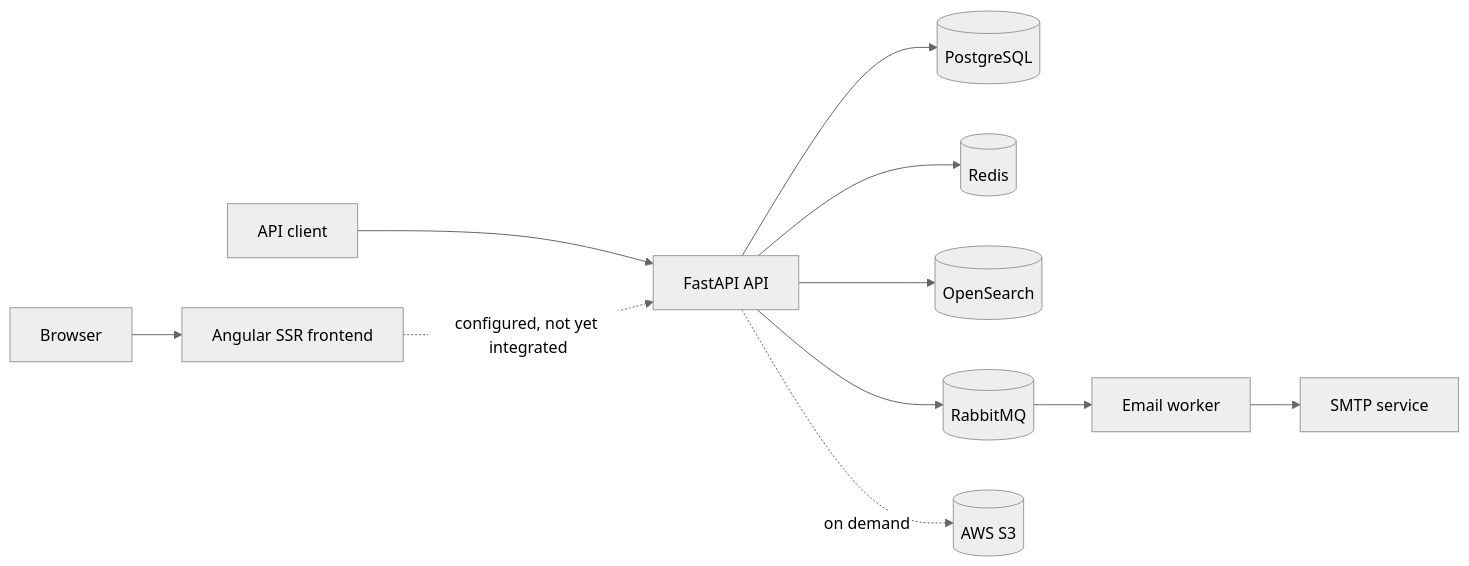
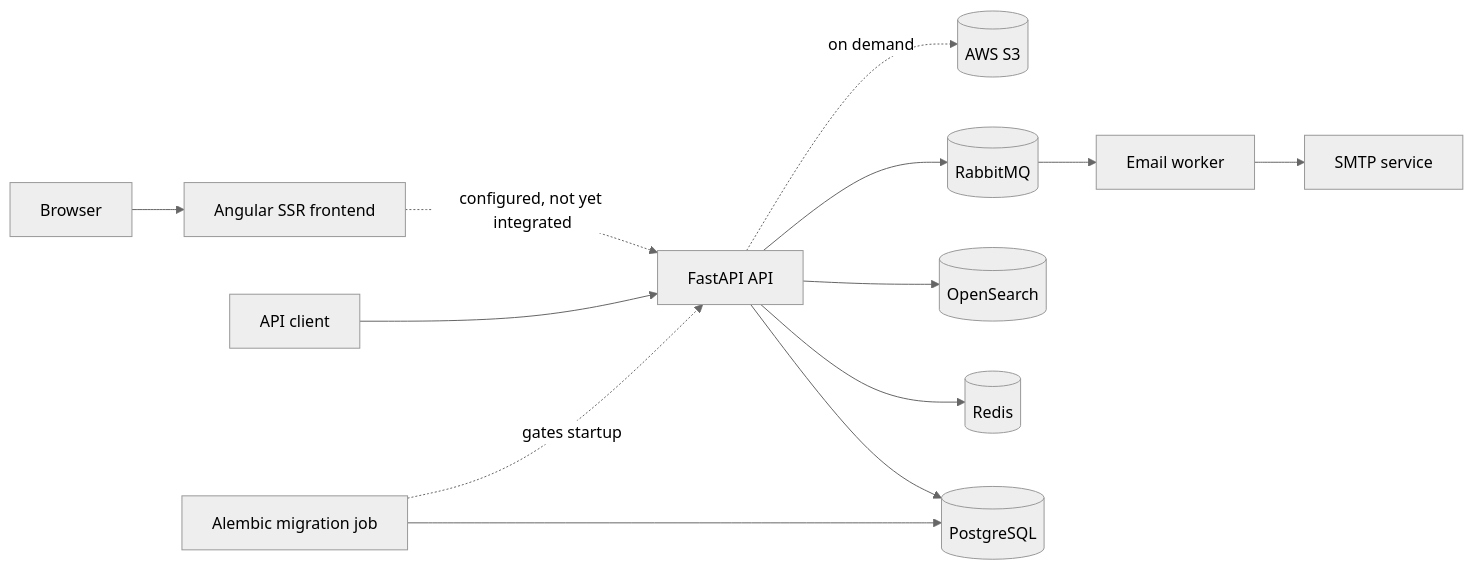
The diagram in ARCHITECTURE.md (thomastran117x/Gamely), drawn with Mermaid (neutral theme) before and after one commit. The commit also changed other lines of this file and 5 other files, not shown here.

Commit message:
fix(compose): apply migrations before api startup

````diff
--- a/ARCHITECTURE.md
+++ b/ARCHITECTURE.md
@@ -8,13 +8,15 @@
 ```mermaid
 flowchart LR
     Browser[Browser] --> Frontend[Angular SSR frontend]
     Client[API client] --> API[FastAPI API]
     Frontend -. configured, not yet integrated .-> API
-    API --> Postgres[(PostgreSQL)]
+    Migrate[Alembic migration job] --> Postgres[(PostgreSQL)]
+    Migrate -. gates startup .-> API
+    API --> Postgres
     API --> Redis[(Redis)]
     API --> Search[(OpenSearch)]
     API --> Rabbit[(RabbitMQ)]
     API -. on demand .-> S3[(AWS S3)]
     Rabbit --> Worker[Email worker]
     Worker --> SMTP[SMTP service]
 ```
````
